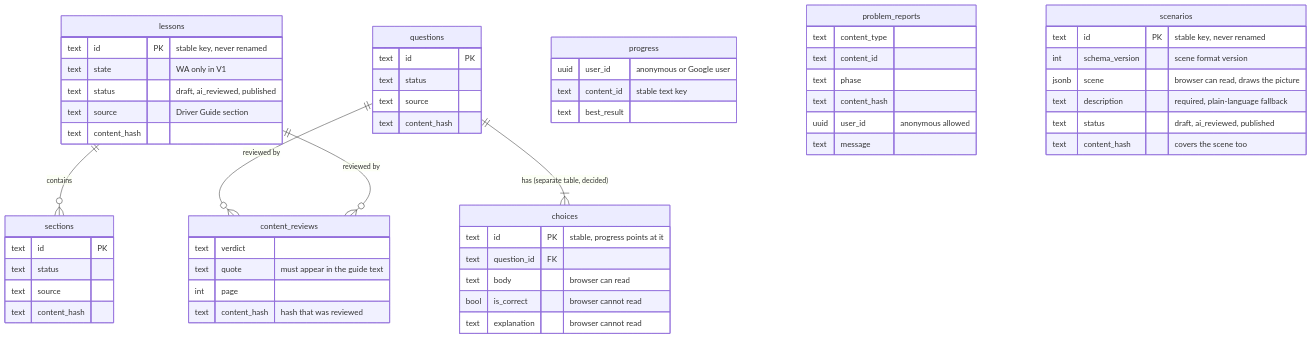
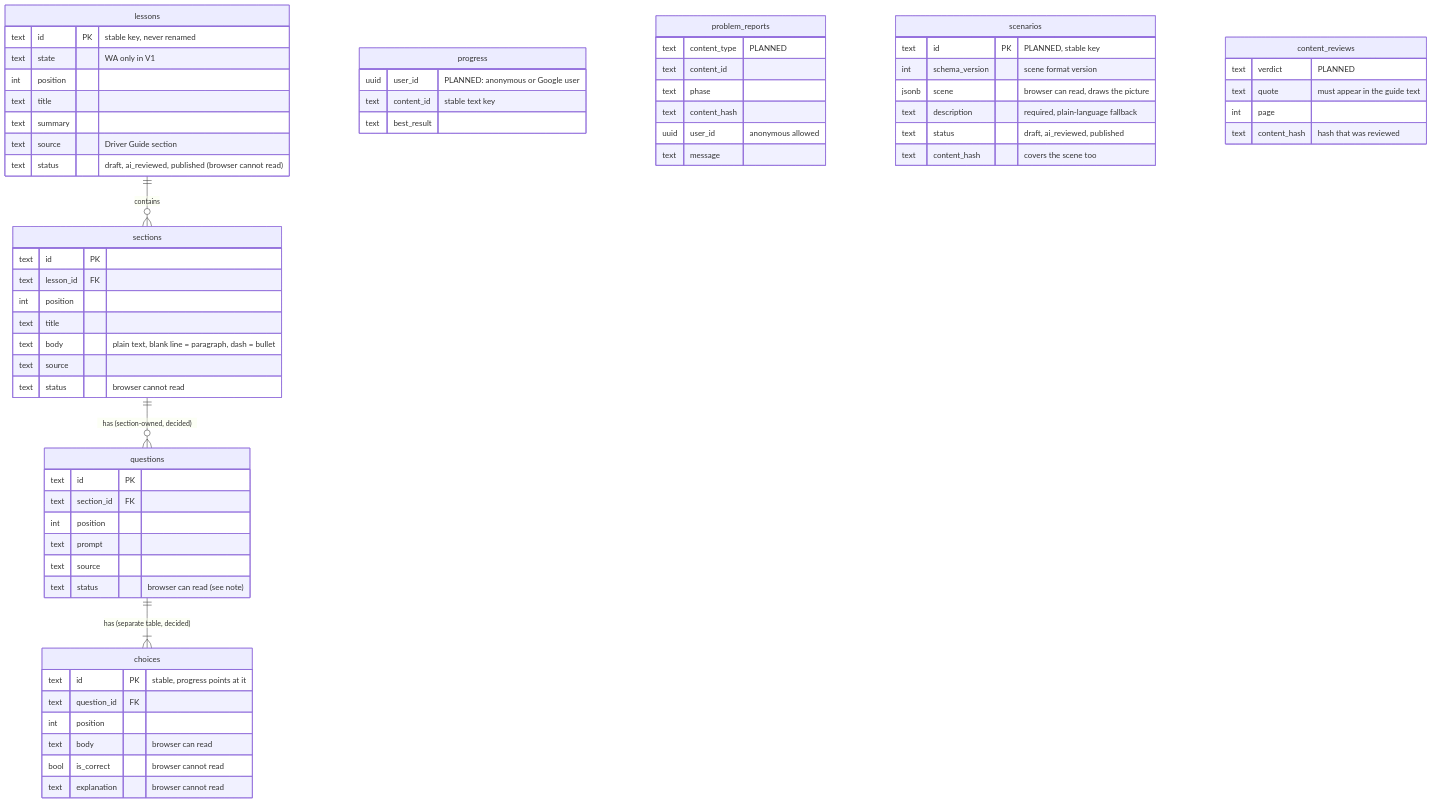
Before and after one commit to abdulrahman1121/super-driver: the sixth of 9 diagrams in architecture/data-flow.md, drawn with Mermaid. The commit also changed other lines of this file and 27 other files, not shown here.

````diff
--- a/architecture/data-flow.md
+++ b/architecture/data-flow.md
@@ -141,60 +152,67 @@
 ```mermaid
 erDiagram
   lessons ||--o{ sections : contains
+  sections ||--o{ questions : "has (section-owned, decided)"
   questions ||--|{ choices : "has (separate table, decided)"
-  questions ||--o{ content_reviews : "reviewed by"
-  lessons ||--o{ content_reviews : "reviewed by"
   progress {
-    uuid user_id "anonymous or Google user"
+    uuid user_id "PLANNED: anonymous or Google user"
     text content_id "stable text key"
     text best_result
   }
   problem_reports {
-    text content_type
+    text content_type "PLANNED"
     text content_id
     text phase
     text content_hash
     uuid user_id "anonymous allowed"
     text message
   }
   lessons {
     text id PK "stable key, never renamed"
     text state "WA only in V1"
-    text status "draft, ai_reviewed, published"
+    int position
+    text title
+    text summary
     text source "Driver Guide section"
-    text content_hash
+    text status "draft, ai_reviewed, published (browser cannot read)"
   }
   sections {
     text id PK
-    text status
+    text lesson_id FK
+    int position
+    text title
+    text body "plain text, blank line = paragraph, dash = bullet"
     text source
-    text content_hash
+    text status "browser cannot read"
   }
   questions {
     text id PK
-    text status
+    text section_id FK
+    int position
+    text prompt
     text source
-    text content_hash
+    text status "browser can read (see note)"
   }
   choices {
     text id PK "stable, progress points at it"
     text question_id FK
+    int position
     text body "browser can read"
     bool is_correct "browser cannot read"
     text explanation "browser cannot read"
   }
   scenarios {
-    text id PK "stable key, never renamed"
+    text id PK "PLANNED, stable key"
     int schema_version "scene format version"
     jsonb scene "browser can read, draws the picture"
     text description "required, plain-language fallback"
     text status "draft, ai_reviewed, published"
     text content_hash "covers the scene too"
   }
   content_reviews {
-    text verdict
+    text verdict "PLANNED"
     text quote "must appear in the guide text"
     int page
     text content_hash "hash that was reviewed"
   }
 ```
````
